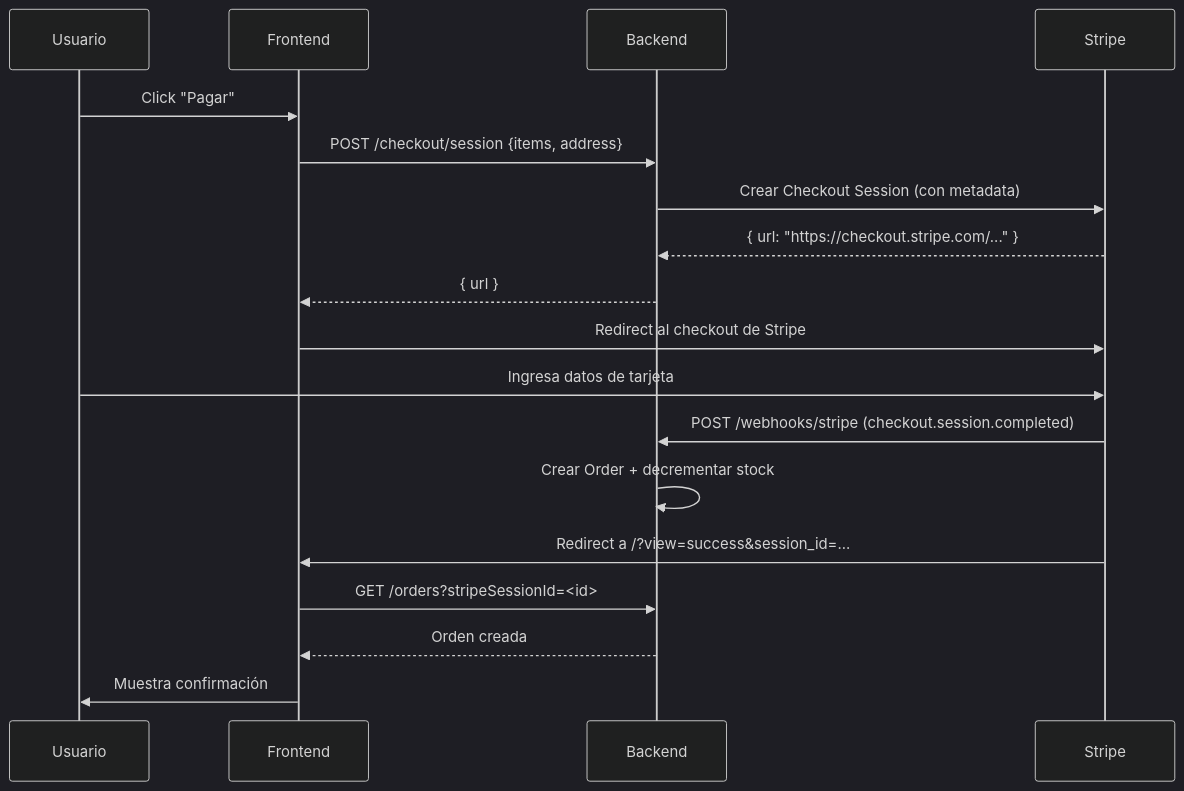
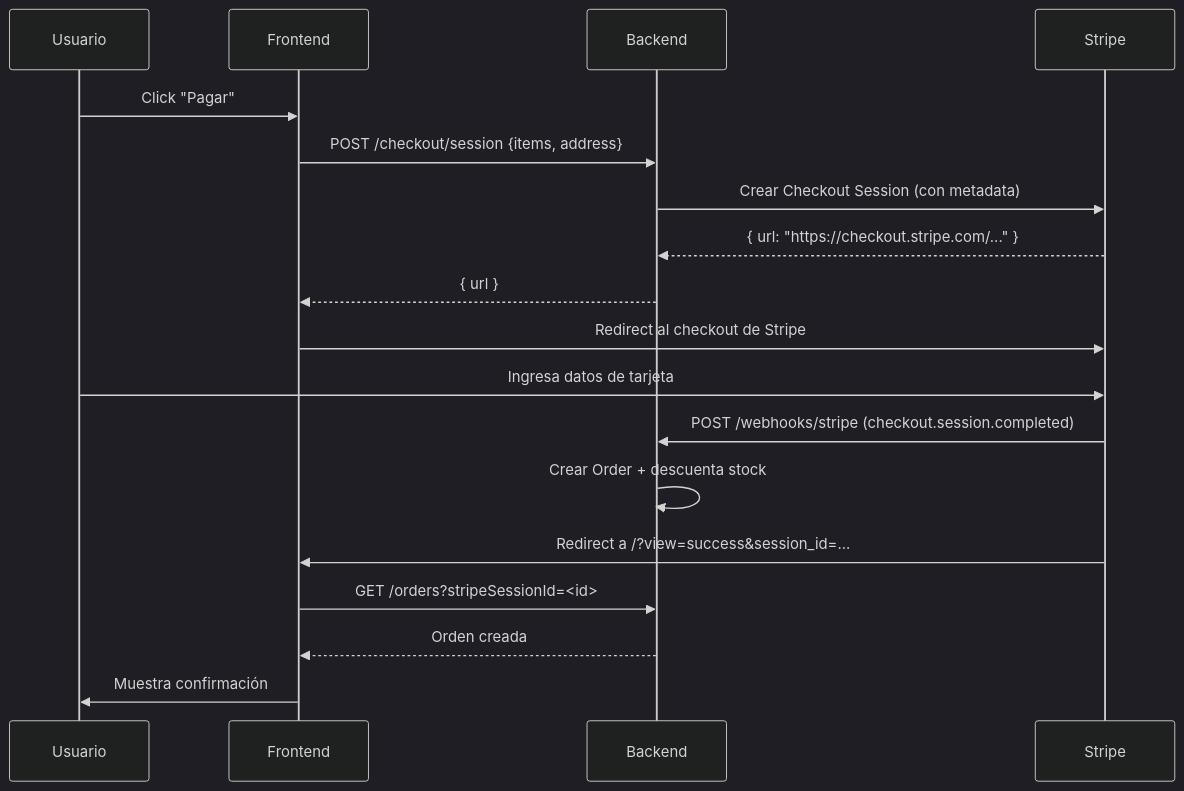
One commit to EiJassiel/healthora changed the seventh of 11 diagrams in docs/arquitectura.md. Above: the diagram before and after it, drawn with Mermaid (dark theme). The commit also changed other lines of this file and 4 other files, not shown here.

````diff
--- a/docs/arquitectura.md
+++ b/docs/arquitectura.md
@@ -389,21 +370,21 @@
 ```mermaid
 sequenceDiagram
     participant U as Usuario
     participant FE as Frontend
     participant BE as Backend
     participant ST as Stripe
 
     U->>FE: Click "Pagar"
     FE->>BE: POST /checkout/session {items, address}
     BE->>ST: Crear Checkout Session (con metadata)
     ST-->>BE: { url: "https://checkout.stripe.com/..." }
     BE-->>FE: { url }
     FE->>ST: Redirect al checkout de Stripe
     U->>ST: Ingresa datos de tarjeta
     ST->>BE: POST /webhooks/stripe (checkout.session.completed)
-    BE->>BE: Crear Order + decrementar stock
+    BE->>BE: Crear Order + descuenta stock
     ST->>FE: Redirect a /?view=success&session_id=...
     FE->>BE: GET /orders?stripeSessionId=<id>
     BE-->>FE: Orden creada
     FE->>U: Muestra confirmación
 ```
````
